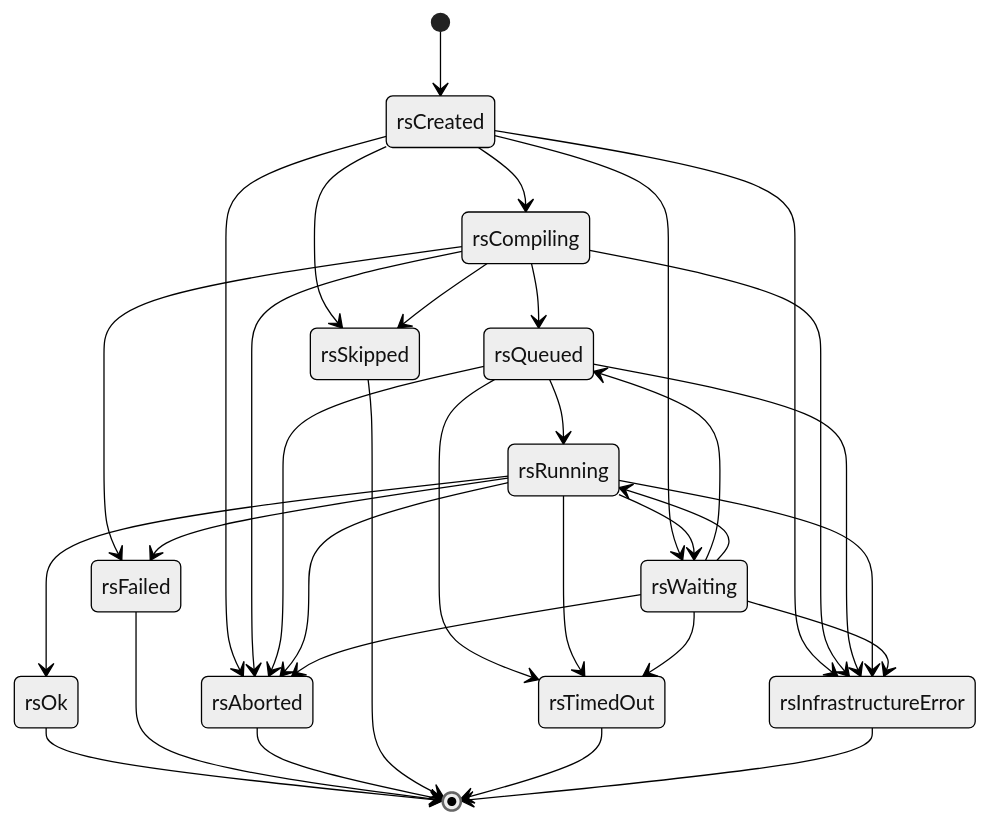
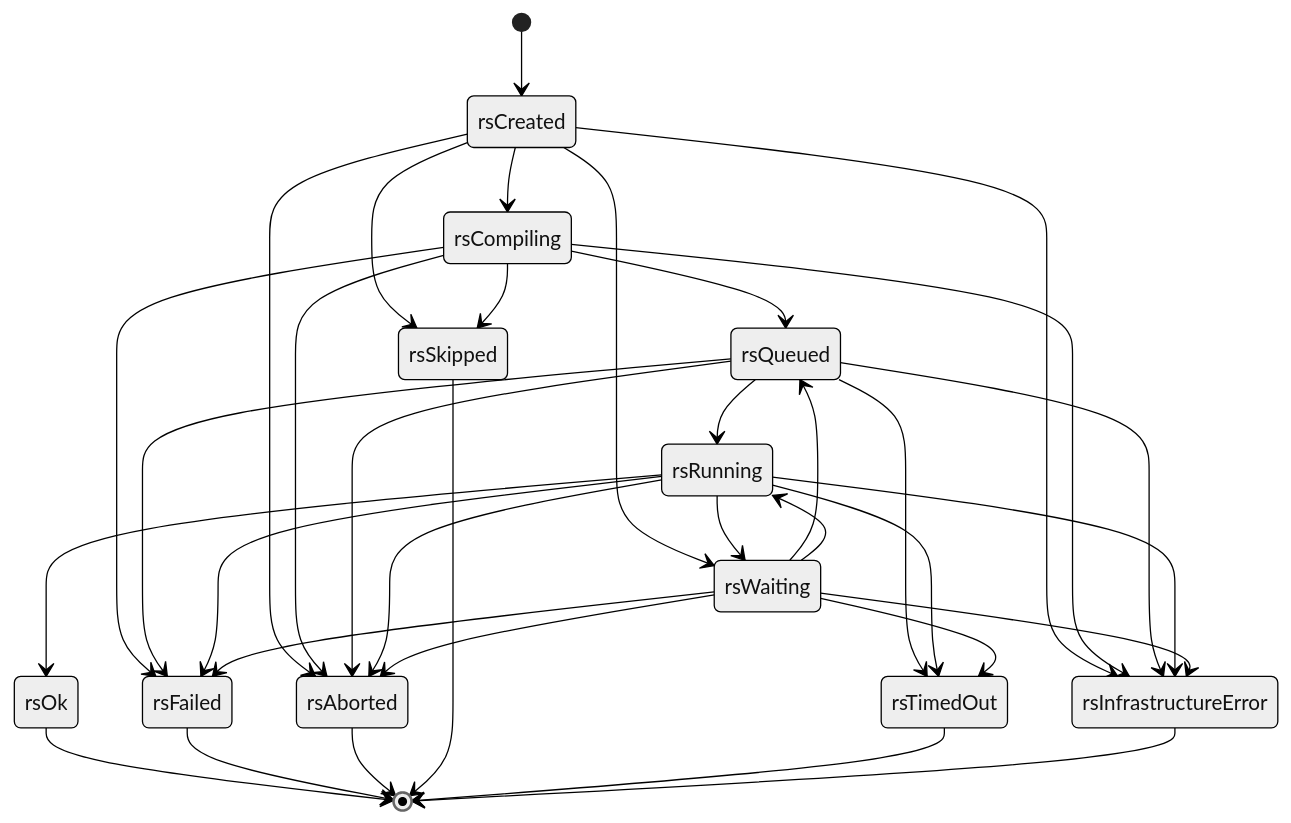
One commit to zystem/CiNim changed the first of 4 diagrams in docs/state-machines.md. Above: the diagram before and after it, drawn with Mermaid (neutral theme). The commit also changed 23 other files, not shown here.

````diff
--- a/docs/state-machines.md
+++ b/docs/state-machines.md
@@ -10,35 +10,37 @@
 ```mermaid
 stateDiagram-v2
   [*] --> rsCreated
   rsCreated --> rsCompiling
   rsCreated --> rsWaiting
   rsCreated --> rsAborted
   rsCreated --> rsSkipped
   rsCreated --> rsInfrastructureError
   rsCompiling --> rsQueued
   rsCompiling --> rsFailed
   rsCompiling --> rsAborted
   rsCompiling --> rsSkipped
   rsCompiling --> rsInfrastructureError
   rsQueued --> rsRunning
+  rsQueued --> rsFailed
   rsQueued --> rsAborted
   rsQueued --> rsTimedOut
   rsQueued --> rsInfrastructureError
   rsRunning --> rsWaiting
   rsRunning --> rsOk
   rsRunning --> rsFailed
   rsRunning --> rsAborted
   rsRunning --> rsTimedOut
   rsRunning --> rsInfrastructureError
   rsWaiting --> rsQueued
   rsWaiting --> rsRunning
+  rsWaiting --> rsFailed
   rsWaiting --> rsAborted
   rsWaiting --> rsTimedOut
   rsWaiting --> rsInfrastructureError
   rsOk --> [*]
   rsFailed --> [*]
   rsAborted --> [*]
   rsSkipped --> [*]
   rsTimedOut --> [*]
   rsInfrastructureError --> [*]
 ```
````
